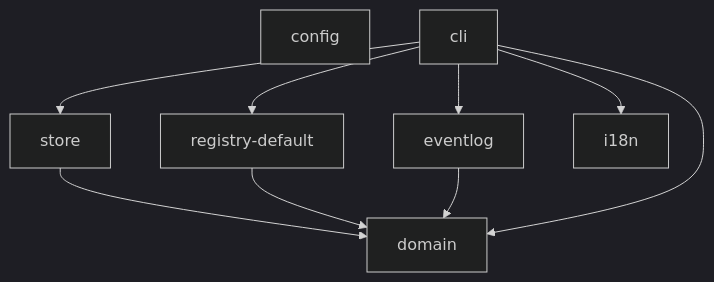
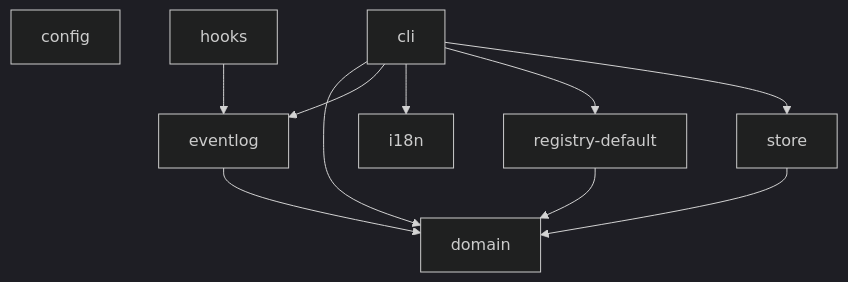
One commit to thap-nv/the-world-of-elvaria changed the diagram in docs/dependency-graph.md. Above: the diagram before and after it, drawn with Mermaid (dark theme). The commit also changed other lines of this file and 43 other files, not shown here.

````diff
--- a/docs/dependency-graph.md
+++ b/docs/dependency-graph.md
@@ -7,18 +7,20 @@
 ```mermaid
 flowchart TD
   config["config"]
   domain["domain"]
   store["store"]
   registry_default["registry-default"]
   eventlog["eventlog"]
+  hooks["hooks"]
   i18n["i18n"]
   cli["cli"]
   store --> domain
   registry_default --> domain
   eventlog --> domain
+  hooks --> eventlog
   cli --> domain
   cli --> eventlog
   cli --> i18n
   cli --> registry_default
   cli --> store
 ```
````
